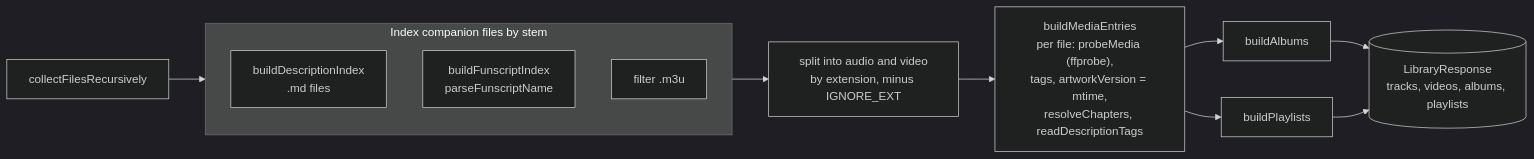
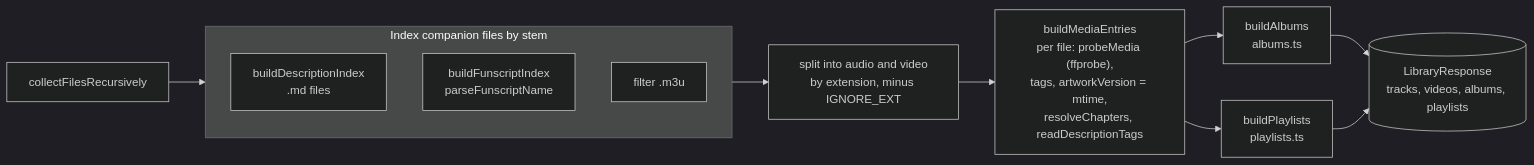
Before and after one commit to lumbar-spine-support/docker-haptic-player: the fifth of 7 diagrams in docs/developer/server.md, drawn with Mermaid (dark theme). The commit also changed other lines of this file and 52 other files, not shown here.

````diff
--- a/docs/developer/server.md
+++ b/docs/developer/server.md
@@ -114,14 +114,14 @@
 ```mermaid
 flowchart LR
   Walk["collectFilesRecursively"] --> Idx
   subgraph Idx["Index companion files by stem"]
     DescIdx["buildDescriptionIndex<br/>.md files"]
     FunIdx["buildFunscriptIndex<br/>parseFunscriptName"]
     M3U["filter .m3u"]
   end
   Idx --> Split["split into audio and video<br/>by extension, minus IGNORE_EXT"]
   Split --> Entries["buildMediaEntries<br/>per file: probeMedia (ffprobe),<br/>tags, artworkVersion = mtime,<br/>resolveChapters, readDescriptionTags"]
-  Entries --> Albums["buildAlbums"]
-  Entries --> Playlists["buildPlaylists"]
+  Entries --> Albums["buildAlbums<br/>albums.ts"]
+  Entries --> Playlists["buildPlaylists<br/>playlists.ts"]
   Albums & Playlists --> Resp[("LibraryResponse<br/>tracks, videos, albums, playlists")]
 ```
````
